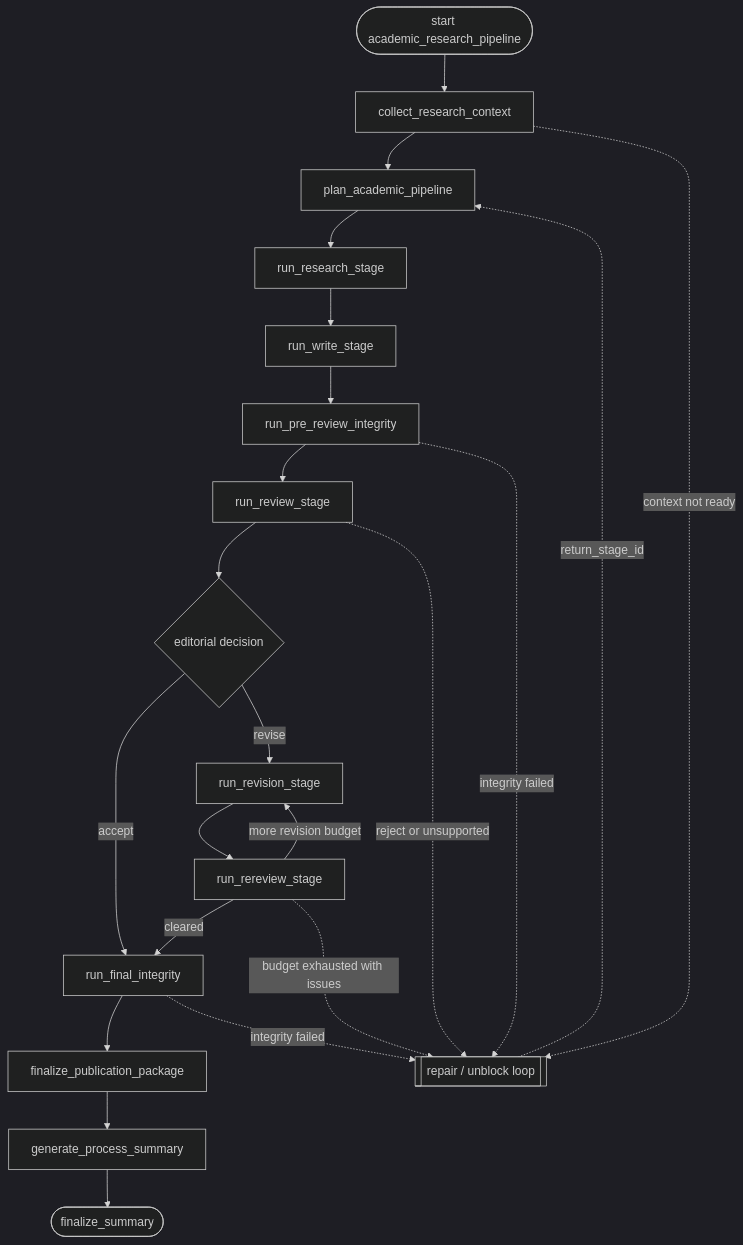
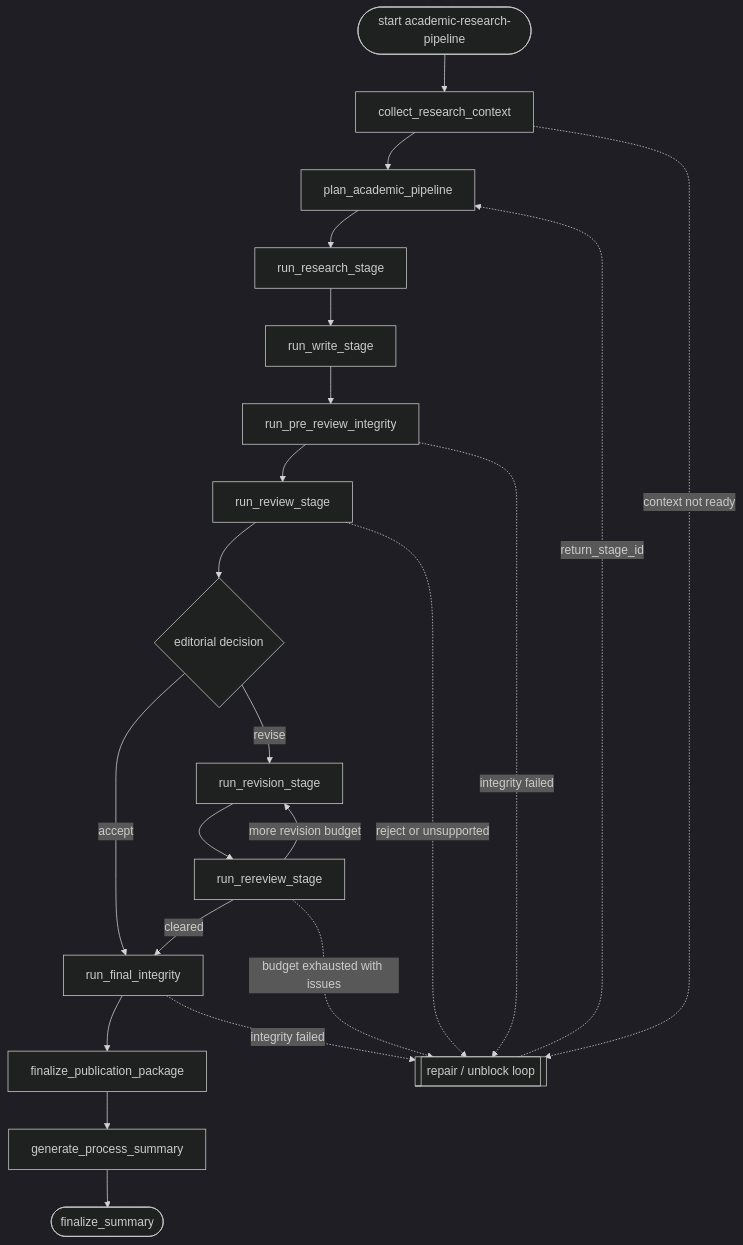
One commit to onesmash/slm-as-harness changed the diagram in skills/durable-workflow-runtime/workflow-runtime/workflows/academic_research_pipeline/references/flowchart.md. Above: the diagram before and after it, drawn with Mermaid (dark theme). The commit also changed other lines of this file and 69 other files, not shown here.

````diff
--- a/skills/durable-workflow-runtime/workflow-runtime/workflows/academic_research_pipeline/references/flowchart.md
+++ b/skills/durable-workflow-runtime/workflow-runtime/workflows/academic_research_pipeline/references/flowchart.md
@@ -19,27 +19,27 @@
 ```mermaid
 flowchart TD
-    start([start academic_research_pipeline]) --> collect_research_context[collect_research_context]
+    start([start academic-research-pipeline]) --> collect_research_context[collect_research_context]
     collect_research_context --> plan_academic_pipeline[plan_academic_pipeline]
     plan_academic_pipeline --> run_research_stage[run_research_stage]
     run_research_stage --> run_write_stage[run_write_stage]
     run_write_stage --> run_pre_review_integrity[run_pre_review_integrity]
     run_pre_review_integrity --> run_review_stage[run_review_stage]
 
     run_review_stage --> review_decision{editorial decision}
     review_decision -->|accept| run_final_integrity[run_final_integrity]
     review_decision -->|revise| run_revision_stage[run_revision_stage]
     run_revision_stage --> run_rereview_stage[run_rereview_stage]
     run_rereview_stage -->|cleared| run_final_integrity
     run_rereview_stage -->|more revision budget| run_revision_stage
 
     run_final_integrity --> finalize_publication_package[finalize_publication_package]
     finalize_publication_package --> generate_process_summary[generate_process_summary]
     generate_process_summary --> finalize_summary([finalize_summary])
 
     collect_research_context -.->|context not ready| repair_loop[[repair / unblock loop]]
     run_pre_review_integrity -.->|integrity failed| repair_loop
     run_review_stage -.->|reject or unsupported| repair_loop
     run_rereview_stage -.->|budget exhausted with issues| repair_loop
     run_final_integrity -.->|integrity failed| repair_loop
     repair_loop -.->|return_stage_id| plan_academic_pipeline
 ```
````
